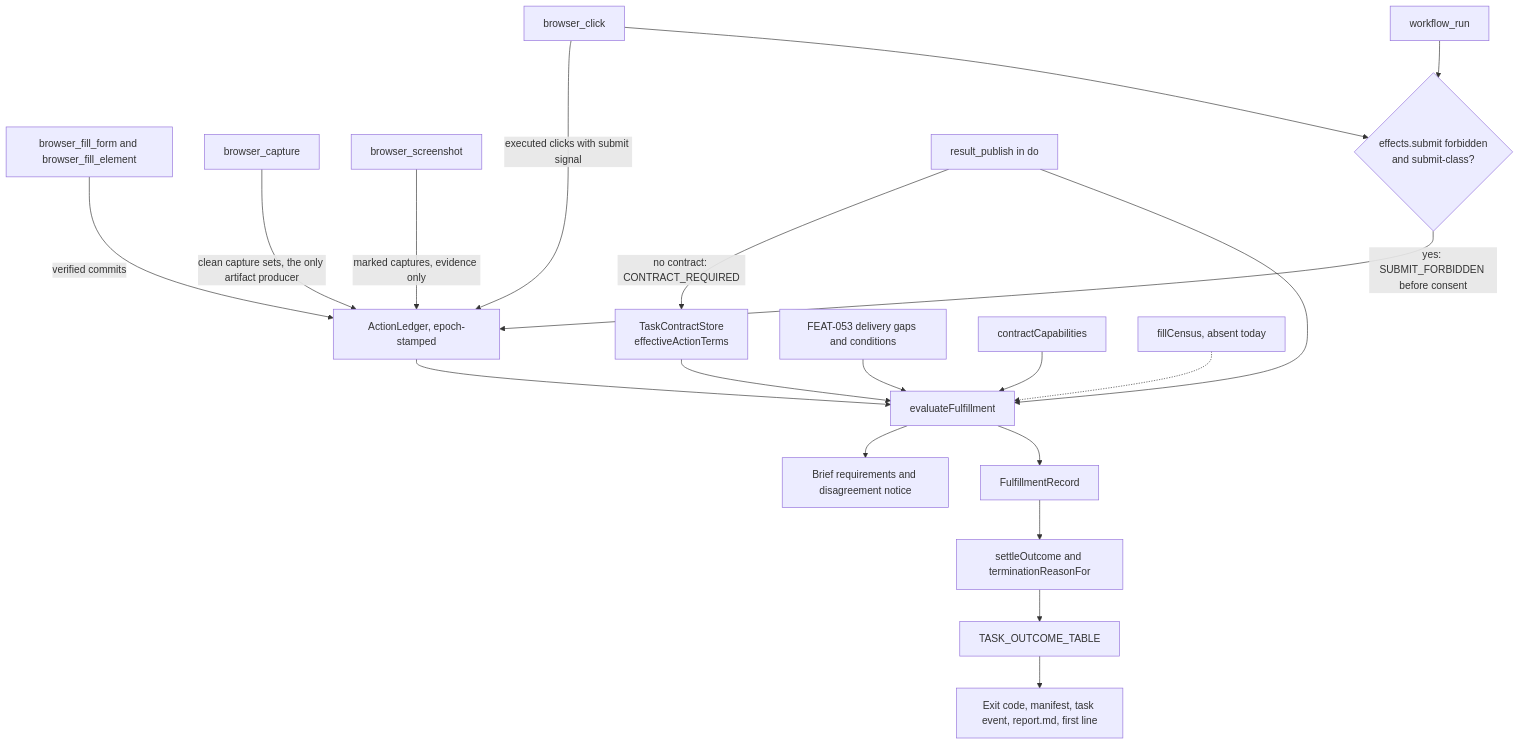
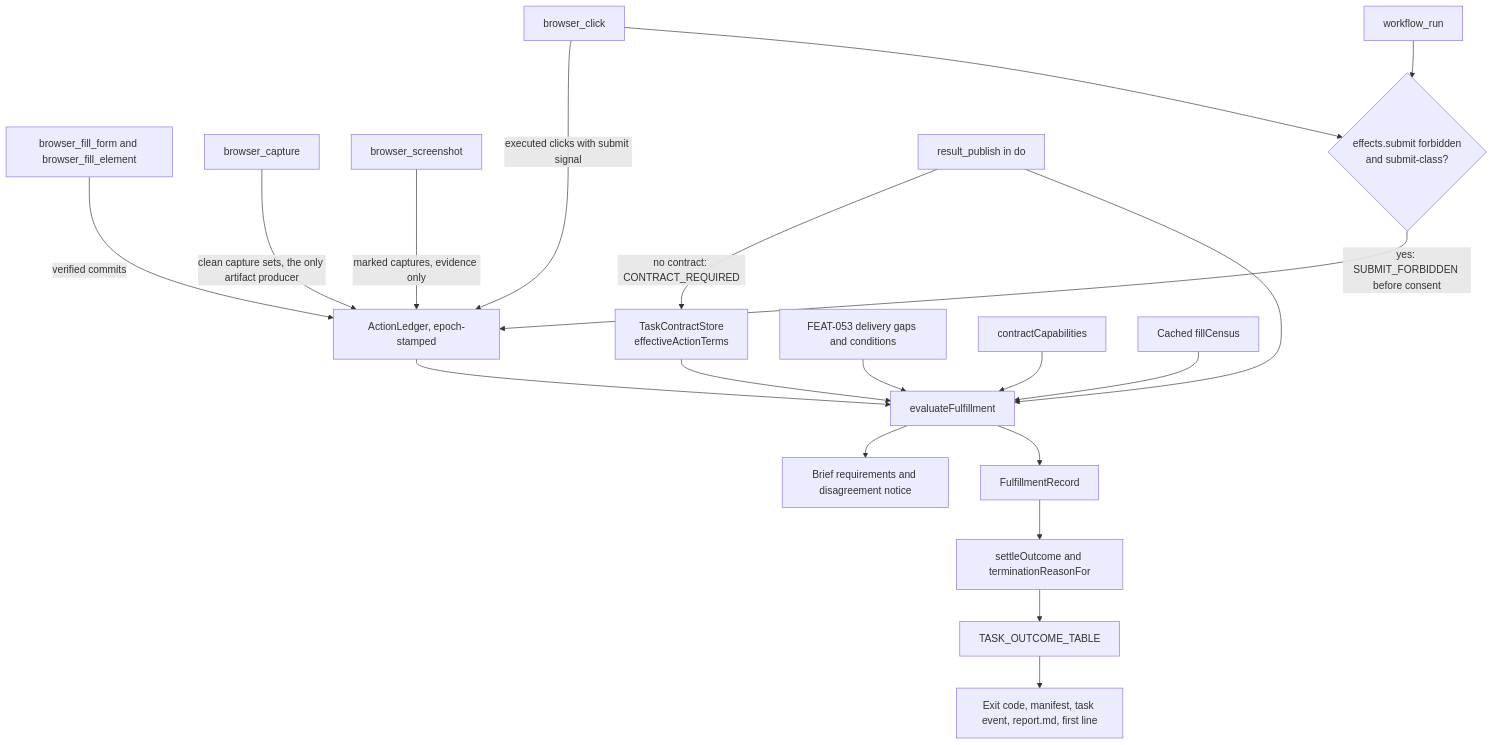
One commit to abranjith/yantra changed diagram 13 of 27 in docs/architecture.md. Above: the diagram before and after it, drawn with Mermaid. The commit also changed other lines of this file and 102 other files, not shown here.

````diff
--- a/docs/architecture.md
+++ b/docs/architecture.md
@@ -1629,22 +1629,22 @@
 ```mermaid
 flowchart TD
   Fill[browser_fill_form and browser_fill_element] -->|verified commits| Ledger[ActionLedger, epoch-stamped]
   Click[browser_click] -->|executed clicks with submit signal| Ledger
   Capture[browser_capture] -->|clean capture sets, the only artifact producer| Ledger
   Shot[browser_screenshot] -->|marked captures, evidence only| Ledger
   Click --> Policy{effects.submit forbidden<br/>and submit-class?}
   Nested[workflow_run] --> Policy
   Policy -->|yes: SUBMIT_FORBIDDEN before consent| Ledger
   Contract[TaskContractStore<br/>effectiveActionTerms] --> Evaluate[evaluateFulfillment]
   Ledger --> Evaluate
   Delivery[FEAT-053 delivery gaps and conditions] --> Evaluate
   Caps[contractCapabilities] --> Evaluate
-  Census[fillCensus, absent today] -.-> Evaluate
+  Census[Cached fillCensus] --> Evaluate
   Publish[result_publish in do] -->|no contract: CONTRACT_REQUIRED| Contract
   Publish --> Evaluate
   Evaluate --> Brief[Brief requirements and disagreement notice]
   Evaluate --> Record[FulfillmentRecord]
   Record --> Settle[settleOutcome and terminationReasonFor]
   Settle --> Table[TASK_OUTCOME_TABLE]
   Table --> Artifacts[Exit code, manifest, task event, report.md, first line]
 ```
````
